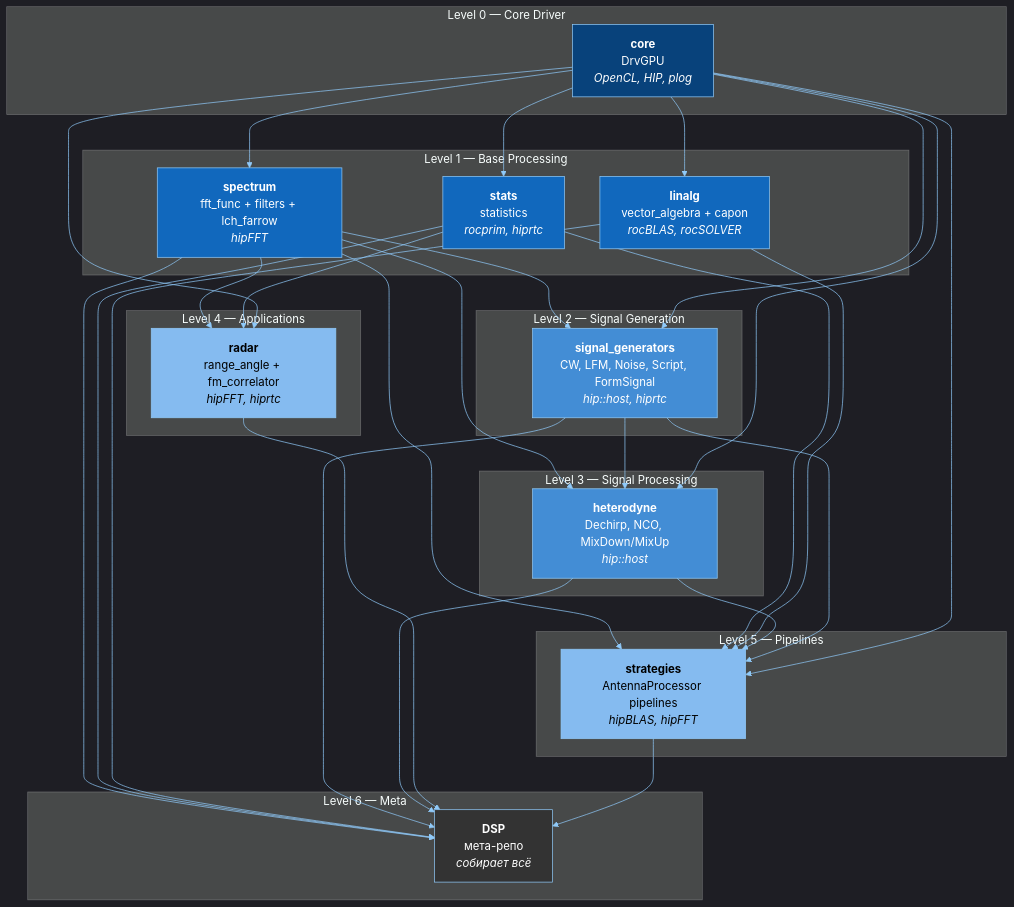
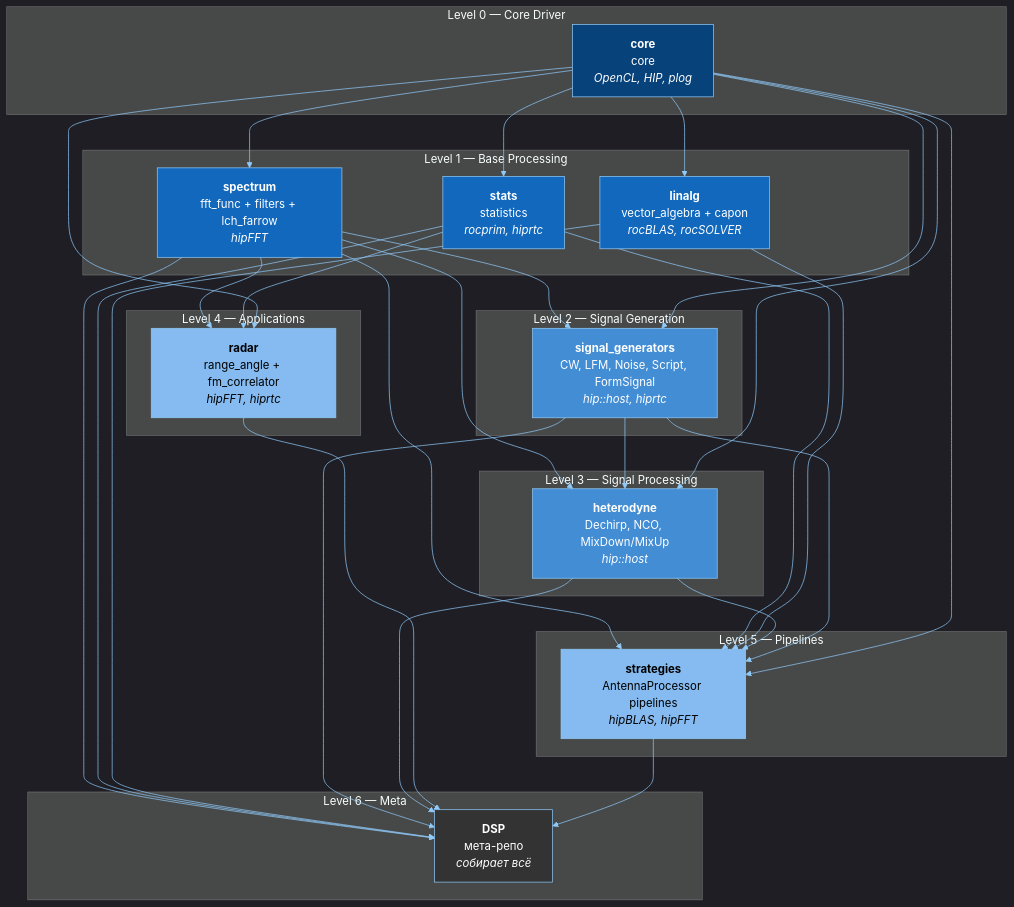
Before and after one commit to dsp-gpu/DSP: the diagram in Doc/Architecture/dependencies.md, drawn with Mermaid. The commit also changed other lines of this file and 34 other files, not shown here.

````diff
--- a/Doc/Architecture/dependencies.md
+++ b/Doc/Architecture/dependencies.md
@@ -11,70 +11,70 @@
 ```mermaid
 %%{init: {'theme': 'dark', 'themeVariables': {'lineColor': '#90caf9', 'textColor': '#e0e0e0', 'primaryColor': '#1168bd', 'primaryTextColor': '#ffffff', 'primaryBorderColor': '#90caf9', 'secondaryColor': '#438dd5', 'tertiaryColor': '#333333'}}}%%
 graph TD
     subgraph "Level 0 — Core Driver"
-        CORE["<b>core</b><br/>DrvGPU<br/><i>OpenCL, HIP, plog</i>"]
+        CORE["<b>core</b><br/>core<br/><i>OpenCL, HIP, plog</i>"]
     end
 
     subgraph "Level 1 — Base Processing"
         SPECTRUM["<b>spectrum</b><br/>fft_func + filters + lch_farrow<br/><i>hipFFT</i>"]
         STATS["<b>stats</b><br/>statistics<br/><i>rocprim, hiprtc</i>"]
         LINALG["<b>linalg</b><br/>vector_algebra + capon<br/><i>rocBLAS, rocSOLVER</i>"]
     end
 
     subgraph "Level 2 — Signal Generation"
         SIGGEN["<b>signal_generators</b><br/>CW, LFM, Noise, Script, FormSignal<br/><i>hip::host, hiprtc</i>"]
     end
 
     subgraph "Level 3 — Signal Processing"
         HETERODYNE["<b>heterodyne</b><br/>Dechirp, NCO, MixDown/MixUp<br/><i>hip::host</i>"]
     end
 
     subgraph "Level 4 — Applications"
         RADAR["<b>radar</b><br/>range_angle + fm_correlator<br/><i>hipFFT, hiprtc</i>"]
     end
 
     subgraph "Level 5 — Pipelines"
         STRATEGIES["<b>strategies</b><br/>AntennaProcessor pipelines<br/><i>hipBLAS, hipFFT</i>"]
     end
 
     subgraph "Level 6 — Meta"
         DSP["<b>DSP</b><br/>мета-репо<br/><i>собирает всё</i>"]
     end
 
     CORE --> SPECTRUM
     CORE --> STATS
     CORE --> LINALG
     SPECTRUM --> SIGGEN
     SPECTRUM --> HETERODYNE
     SIGGEN --> HETERODYNE
     SPECTRUM --> RADAR
     STATS --> RADAR
     SPECTRUM --> STRATEGIES
     STATS --> STRATEGIES
     LINALG --> STRATEGIES
     HETERODYNE --> STRATEGIES
     SIGGEN --> STRATEGIES
 
     CORE --> RADAR
     CORE --> SIGGEN
     CORE --> HETERODYNE
     CORE --> STRATEGIES
 
     SPECTRUM --> DSP
     STATS --> DSP
     LINALG --> DSP
     SIGGEN --> DSP
     HETERODYNE --> DSP
     RADAR --> DSP
     STRATEGIES --> DSP
 
     style CORE fill:#08427b,stroke:#90caf9,color:#ffffff
     style SPECTRUM fill:#1168bd,stroke:#90caf9,color:#ffffff
     style STATS fill:#1168bd,stroke:#90caf9,color:#ffffff
     style LINALG fill:#1168bd,stroke:#90caf9,color:#ffffff
     style SIGGEN fill:#438dd5,stroke:#90caf9,color:#ffffff
     style HETERODYNE fill:#438dd5,stroke:#90caf9,color:#ffffff
     style RADAR fill:#85bbf0,stroke:#90caf9,color:#000000
     style STRATEGIES fill:#85bbf0,stroke:#90caf9,color:#000000
     style DSP fill:#333333,stroke:#90caf9,color:#ffffff
 ```
````
